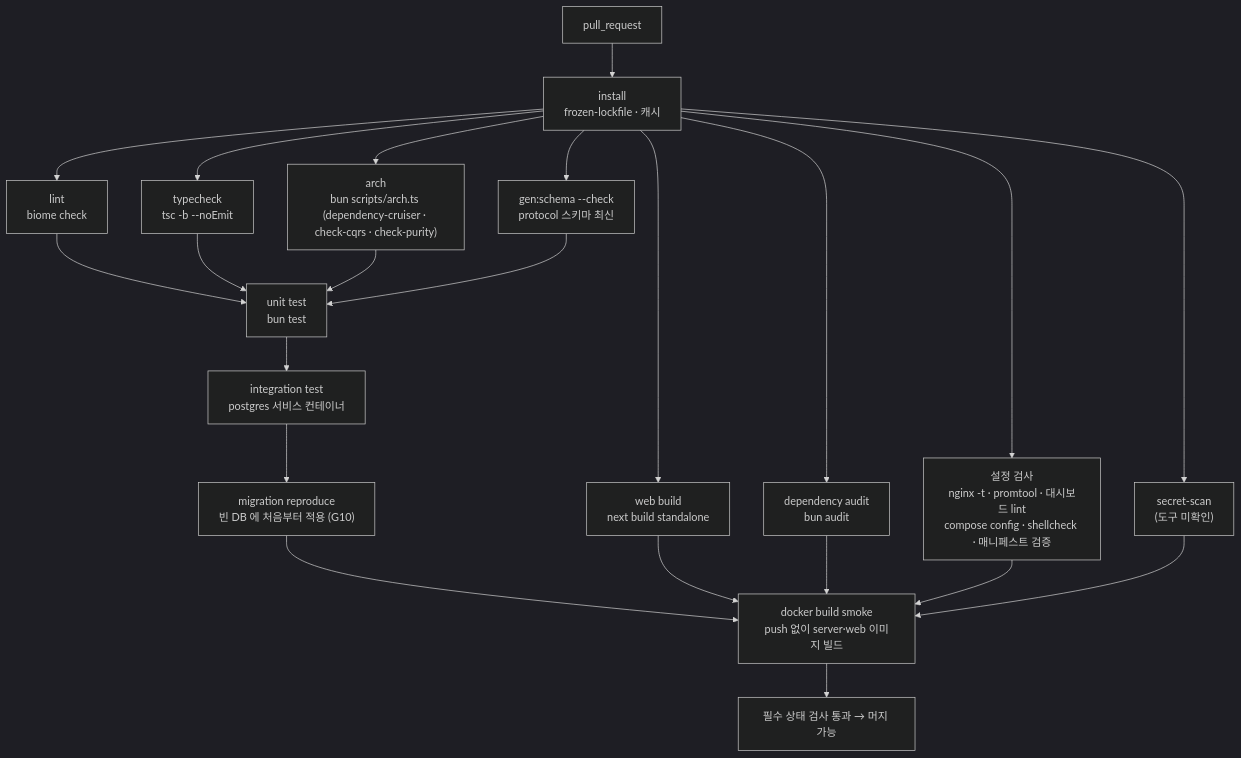
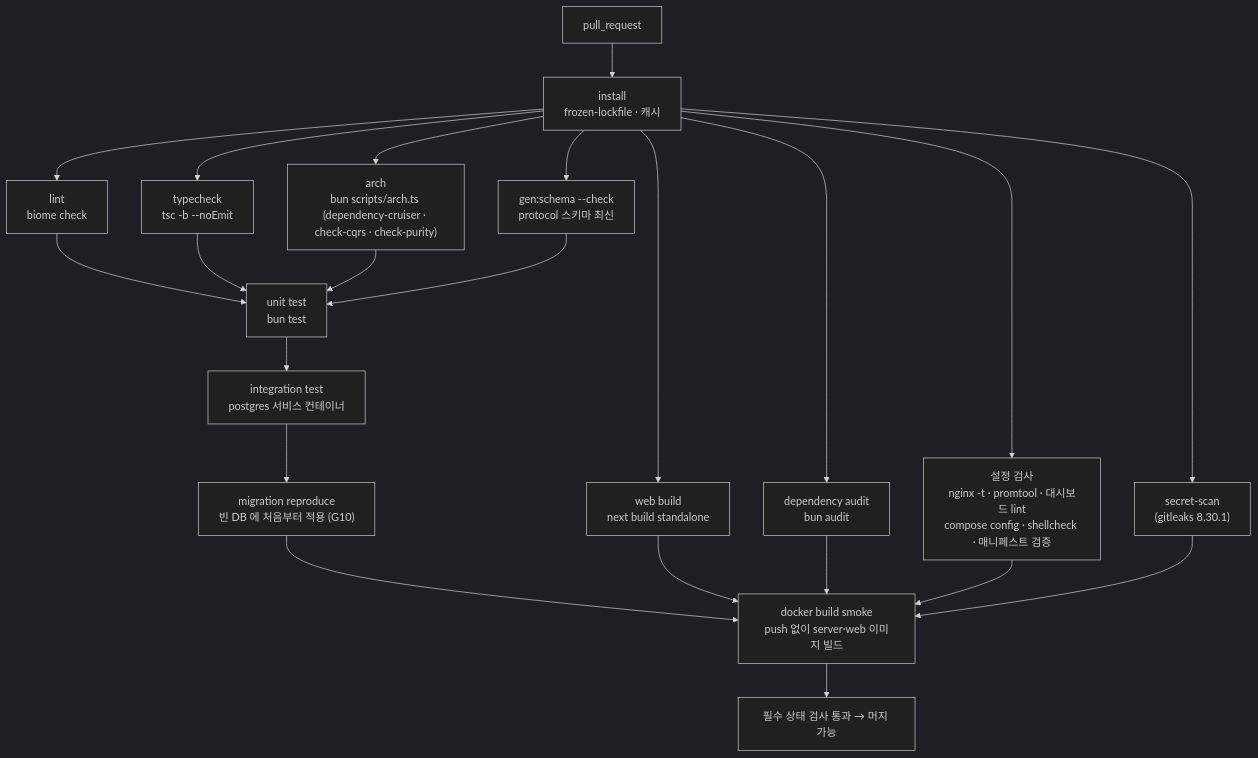
One commit to 1985jwlee/portpolio_backend changed the second of 4 diagrams in docs/design/09-ci-cd.md. Above: the diagram before and after it, drawn with Mermaid (dark theme). The commit also changed 10 other files, not shown here.

````diff
--- a/docs/design/09-ci-cd.md
+++ b/docs/design/09-ci-cd.md
@@ -48,17 +48,17 @@
 ```mermaid
 flowchart TD
     T["pull_request"] --> I["install<br/>frozen-lockfile · 캐시"]
     I --> L["lint<br/>biome check"]
     I --> TC["typecheck<br/>tsc -b --noEmit"]
     I --> AR["arch<br/>bun scripts/arch.ts (dependency-cruiser · check-cqrs · check-purity)"]
     I --> GS["gen:schema --check<br/>protocol 스키마 최신"]
     L & TC & AR & GS --> U["unit test<br/>bun test"]
     U --> INT["integration test<br/>postgres 서비스 컨테이너"]
     INT --> MIG["migration reproduce<br/>빈 DB 에 처음부터 적용 (G10)"]
     I --> AUD["dependency audit<br/>bun audit"]
-    I --> SS["secret-scan<br/>(도구 미확인)"]
+    I --> SS["secret-scan<br/>(gitleaks 8.30.1)"]
     I --> WB["web build<br/>next build standalone"]
     I --> CFG["설정 검사<br/>nginx -t · promtool · 대시보드 lint<br/>compose config · shellcheck · 매니페스트 검증"]
     MIG & WB & AUD & CFG & SS --> DB["docker build smoke<br/>push 없이 server·web 이미지 빌드"]
     DB --> OK["필수 상태 검사 통과 → 머지 가능"]
 ```
````
